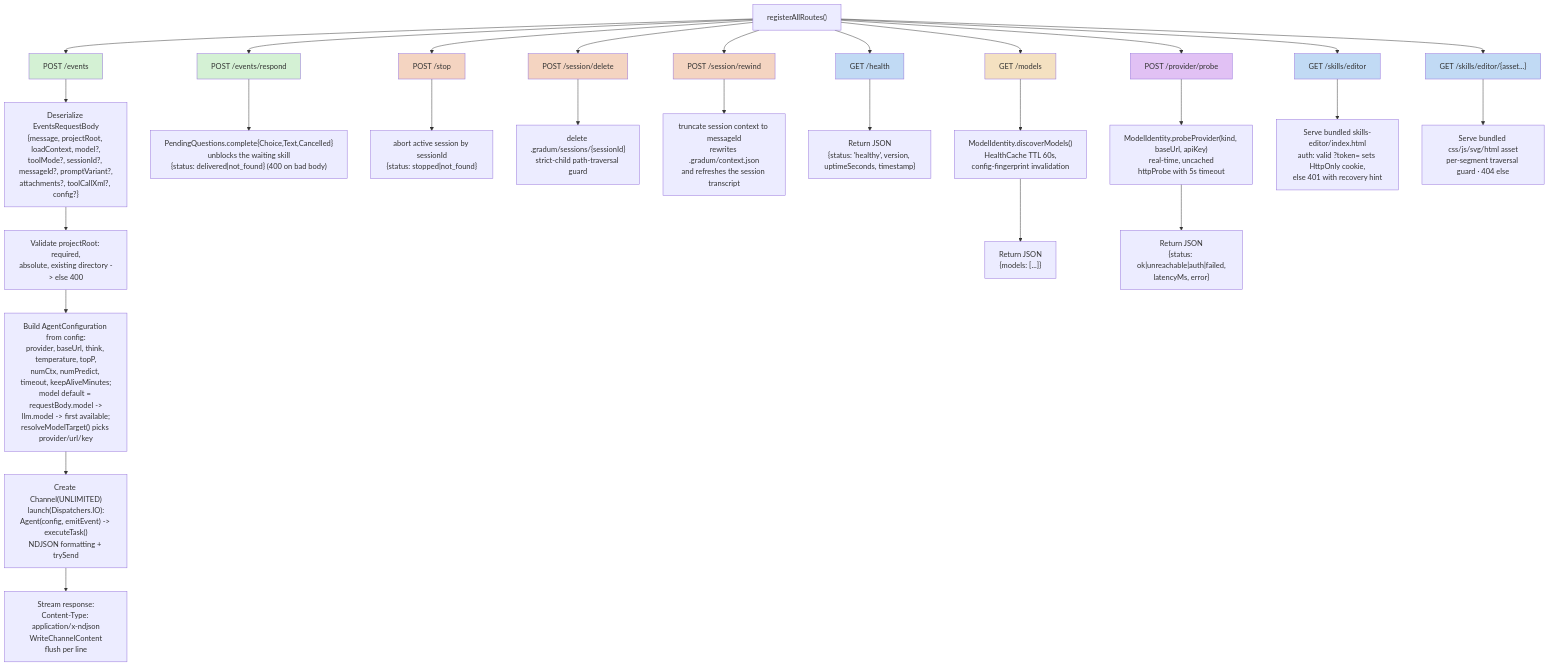
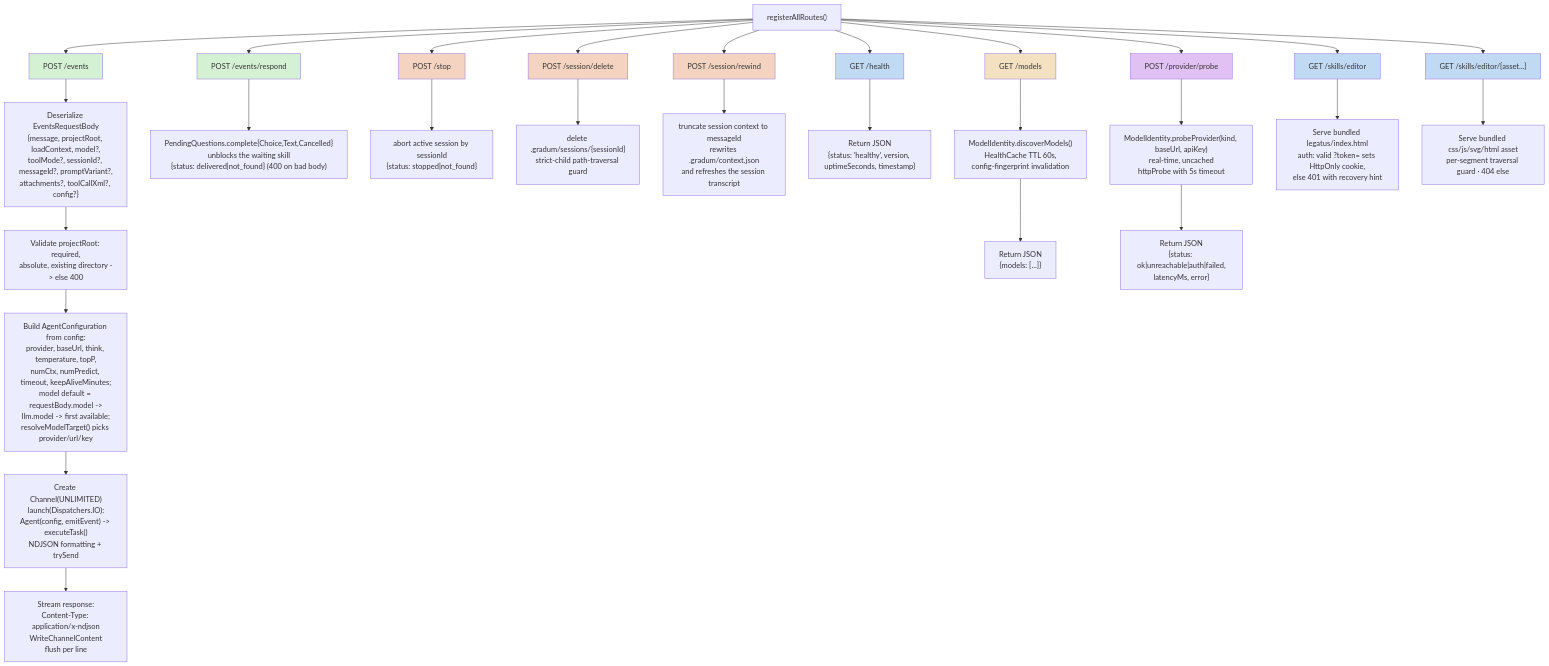
Before and after one commit to lg841226/Gradum: diagram 11 of 31 in docs/ARCHITECTURE.md, drawn with Mermaid. The commit also changed 105 other files, not shown here.

Commit message:
feat: Add Legatus editor core functionality and UI components

````diff
--- a/docs/ARCHITECTURE.md
+++ b/docs/ARCHITECTURE.md
@@ -859,39 +859,39 @@
 ```mermaid
 flowchart TD
     R["registerAllRoutes()"] --> POST[POST /events]
     R --> RESP[POST /events/respond]
     R --> PS[POST /stop]
     R --> SD[POST /session/delete]
     R --> SR[POST /session/rewind]
     R --> GH[GET /health]
     R --> GM[GET /models]
     R --> PP[POST /provider/probe]
     R --> SED[GET /skills/editor]
     R --> SEDA["GET /skills/editor/{asset...}"]
     POST --> P1["Deserialize EventsRequestBody<br/>{message, projectRoot, loadContext, model?,<br/>toolMode?, sessionId?, messageId?, promptVariant?,<br/>attachments?, toolCallXml?, config?}"]
     P1 --> P2["Validate projectRoot: required,<br/>absolute, existing directory -> else 400"]
     P2 --> P3["Build AgentConfiguration from config:<br/>provider, baseUrl, think, temperature, topP,<br/>numCtx, numPredict, timeout, keepAliveMinutes;<br/>model default = requestBody.model -><br/>llm.model -> first available;<br/>resolveModelTarget() picks provider/url/key"]
     P3 --> P4["Create Channel(UNLIMITED)<br/>launch(Dispatchers.IO):<br/>Agent(config, emitEvent) -> executeTask()<br/>NDJSON formatting + trySend"]
     P4 --> P5["Stream response:<br/>Content-Type: application/x-ndjson<br/>WriteChannelContent<br/>flush per line"]
     RESP --> RP1["PendingQuestions.complete{Choice,Text,Cancelled}<br/>unblocks the waiting skill<br/>{status: delivered|not_found} (400 on bad body)"]
     PS --> S1["abort active session by sessionId<br/>{status: stopped|not_found}"]
     SD --> SD1["delete .gradum/sessions/{sessionId}<br/>strict-child path-traversal guard"]
     SR --> SR1["truncate session context to messageId<br/>rewrites .gradum/context.json<br/>and refreshes the session transcript"]
     GH --> H1["Return JSON<br/>{status: 'healthy', version, uptimeSeconds, timestamp}"]
     GM --> M1["ModelIdentity.discoverModels()<br/>HealthCache TTL 60s,<br/>config-fingerprint invalidation"]
     M1 --> M2["Return JSON<br/>{models: [...]}"]
     PP --> P6["ModelIdentity.probeProvider(kind, baseUrl, apiKey)<br/>real-time, uncached<br/>httpProbe with 5s timeout"]
     P6 --> P7["Return JSON<br/>{status: ok|unreachable|auth|failed,<br/>latencyMs, error}"]
-    SED --> X4["Serve bundled skills-editor/index.html<br/>auth: valid ?token= sets HttpOnly cookie,<br/>else 401 with recovery hint"]
+    SED --> X4["Serve bundled legatus/index.html<br/>auth: valid ?token= sets HttpOnly cookie,<br/>else 401 with recovery hint"]
     SEDA --> X5["Serve bundled css/js/svg/html asset<br/>per-segment traversal guard · 404 else"]
     style POST fill: #d4f1d4
     style RESP fill: #d4f1d4
     style PS fill: #f4d4c1
     style SD fill: #f4d4c1
     style SR fill: #f4d4c1
     style GH fill: #c1daf4
     style GM fill: #f4e1c1
     style PP fill: #e1c1f4
     style SED fill: #c1daf4
     style SEDA fill: #c1daf4
 ```
````
